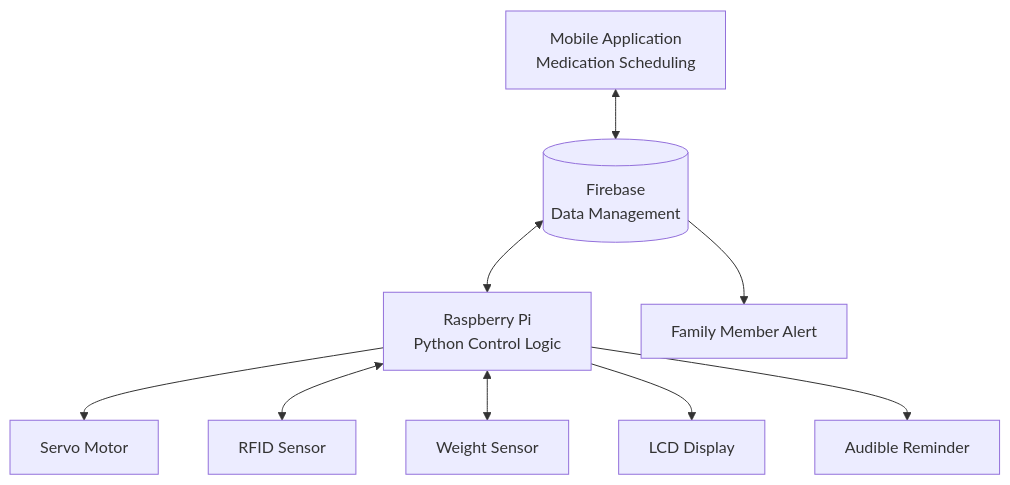
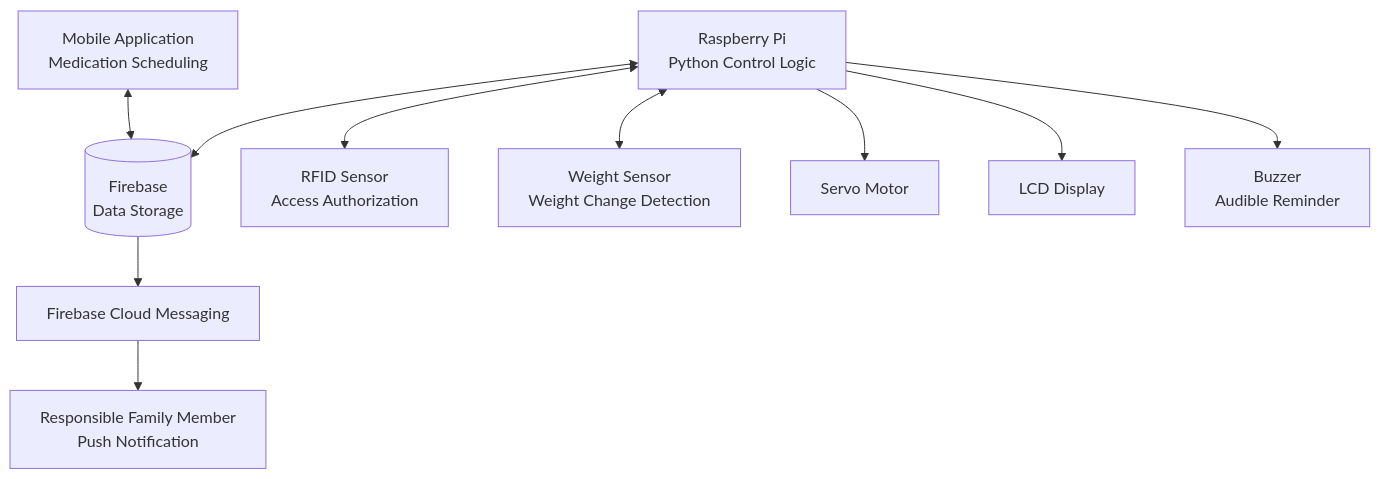
The diagram in README.md (Touka-Juini/SMART-MEDICINE-BOX), drawn with Mermaid before and after one commit. The commit also changed other lines of this file, not shown here.

````diff
--- a/README.md
+++ b/README.md
@@ -21,17 +20,22 @@
 ```mermaid
 flowchart TB
     APP["Mobile Application<br/>Medication Scheduling"]
-    FB[("Firebase<br/>Data Management")]
+    FB[("Firebase<br/>Data Storage")]
     PI["Raspberry Pi<br/>Python Control Logic"]
 
     APP <--> FB
-    FB <--> PI
+    PI <--> FB
+
+    RFID["RFID Sensor<br/>Access Authorization"]
+    WEIGHT["Weight Sensor<br/>Weight Change Detection"]
+
+    PI <--> RFID
+    PI <--> WEIGHT
 
     PI --> SERVO["Servo Motor"]
-    PI <--> RFID["RFID Sensor"]
-    PI <--> WEIGHT["Weight Sensor"]
     PI --> LCD["LCD Display"]
-    PI --> BUZZER["Audible Reminder"]
+    PI --> BUZZER["Buzzer<br/>Audible Reminder"]
 
-    FB --> ALERT["Family Member Alert"]
+    FB --> FCM["Firebase Cloud Messaging"]
+    FCM --> FAMILY["Responsible Family Member<br/>Push Notification"]
 ```
````
